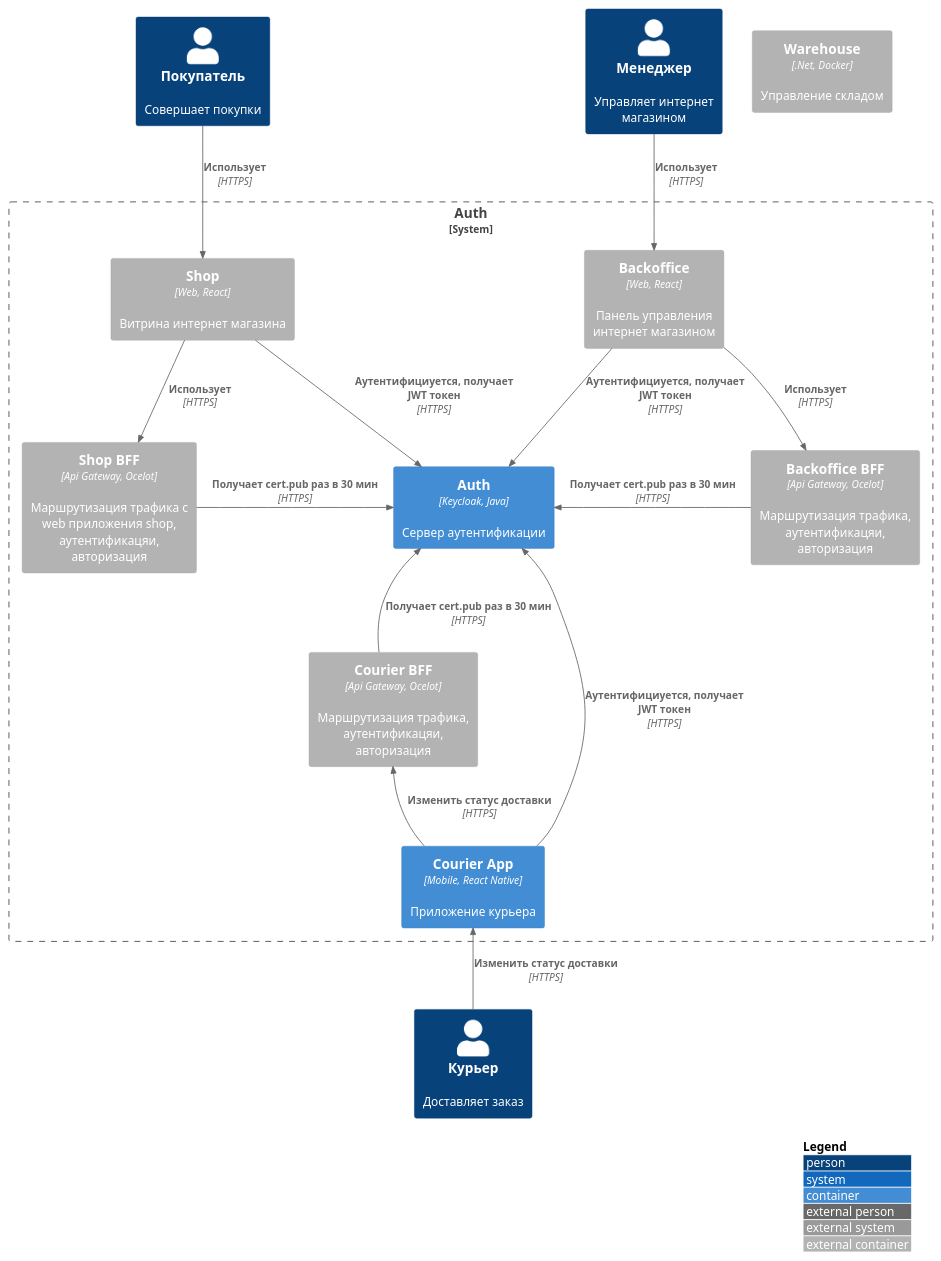
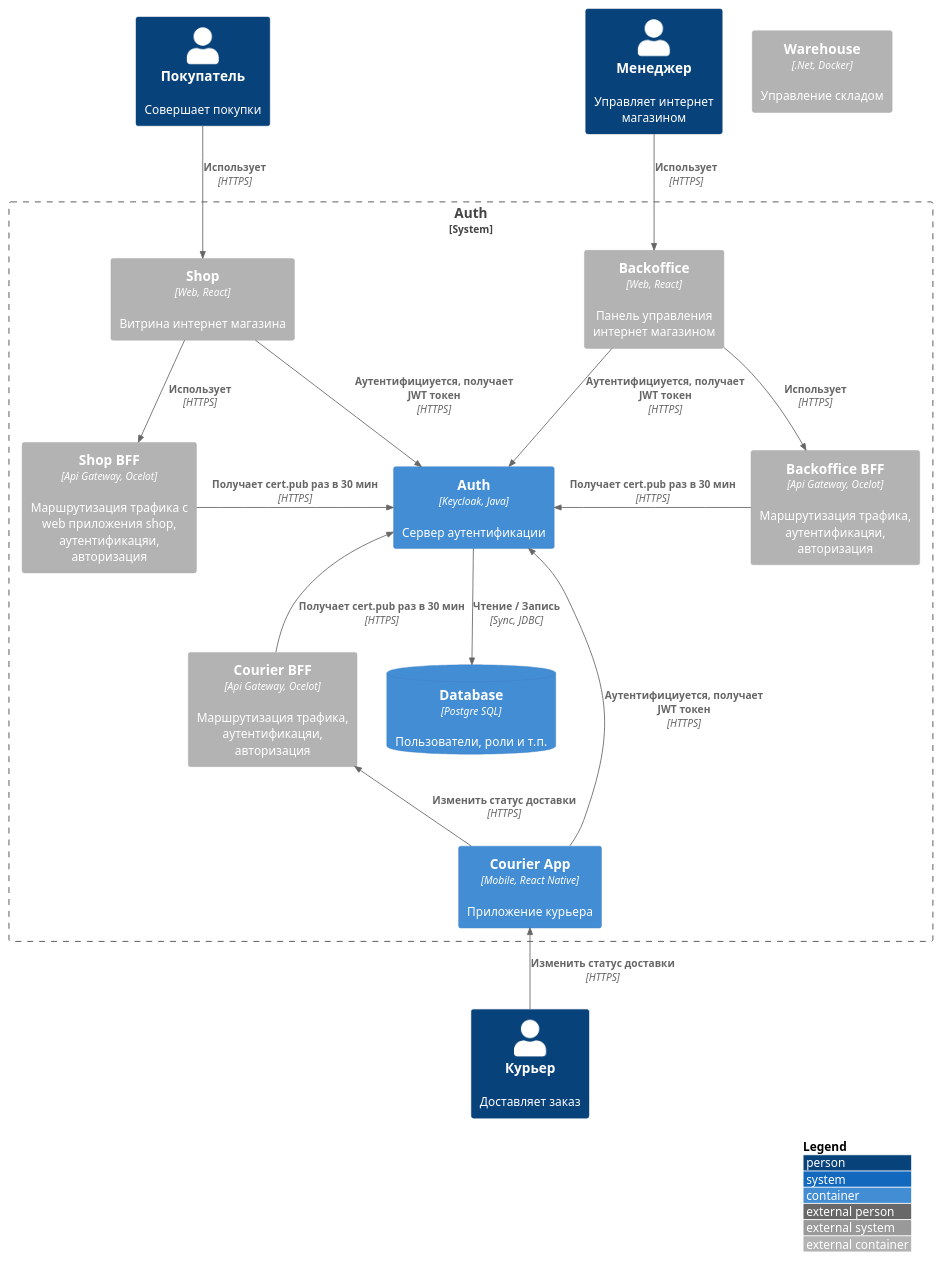
One commit to gerzhan/knigaexpert-system-design changed the first of 2 diagrams in services/auth/README.md. Above: the diagram before and after it, drawn with PlantUML. The commit also changed 2 other files, not shown here.

````diff
--- a/services/auth/README.md
+++ b/services/auth/README.md
@@ -8,45 +8,47 @@
 ```plantuml
 !include https://raw.githubusercontent.com/plantuml-stdlib/C4-PlantUML/master/C4_Container.puml
 
 skinparam wrapWidth 200
 skinparam maxMessageSize 200
 
 LAYOUT_TOP_DOWN()
 LAYOUT_WITH_LEGEND()
 
 Person(customer, Покупатель, "Совершает покупки")
 Person(manager, Менеджер, "Управляет интернет магазином")
 Person(courier, Курьер, "Доставляет заказ")
 
 Container_Ext(warehouse, "Warehouse", ".Net, Docker", "Управление складом")
 
 System_Boundary(boundary, "Auth") {
 ' Shop
 Container_Ext(shop_app, "Shop", "Web, React", "Витрина интернет магазина")
 Container_Ext(shop_bff, "Shop BFF", "Api Gateway, Ocelot", "Маршрутизация трафика c web приложения shop, аутентификацяи, авторизация")
 Rel(shop_app, shop_bff, "Использует", "HTTPS")
 Rel(customer, shop_app, "Использует", "HTTPS")
 
 ' Backoffice
 Container_Ext(backoffice_app, "Backoffice", "Web, React", "Панель управления интернет магазином")  
 Container_Ext(backoffice_bff, "Backoffice BFF", "Api Gateway, Ocelot", "Маршрутизация трафика, аутентификацяи, авторизация")
 Rel(backoffice_app, backoffice_bff, "Использует", "HTTPS")
 Rel(manager, backoffice_app, "Использует", "HTTPS")
 
 ' Сourier App
 Container(courier_app, "Courier App", "Mobile, React Native", "Приложение курьера")  
 Container_Ext(courier_bff, "Courier BFF", "Api Gateway, Ocelot", "Маршрутизация трафика, аутентификацяи, авторизация")
 Rel_U(courier_app, courier_bff, "Изменить статус доставки", "HTTPS")
 Rel_U(courier, courier_app, "Изменить статус доставки", "HTTPS")
 
 ' Services
 Container(auth, "Auth", "Keycloak, Java", "Сервер аутентификации")
+ContainerDb(auth_db, "Database", "Postgre SQL", "Пользователи, роли и т.п.")
+Rel(auth, auth_db, "Чтение / Запись", "Sync, JDBC")
 Rel(shop_app, auth, "Аутентифициуется, получает JWT токен", "HTTPS")
 Rel(backoffice_app, auth, "Аутентифициуется, получает JWT токен", "HTTPS")
 Rel_R(shop_bff, auth, "Получает cert.pub раз в 30 мин", "HTTPS")
 Rel_L(backoffice_bff, auth, "Получает cert.pub раз в 30 мин", "HTTPS")
 Rel_U(courier_bff, auth, "Получает cert.pub раз в 30 мин", "HTTPS")
 Rel(courier_app, auth, "Аутентифициуется, получает JWT токен", "HTTPS")
 }
 
 ```
````
